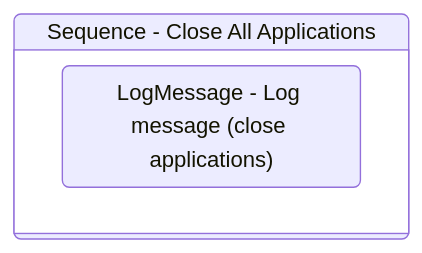
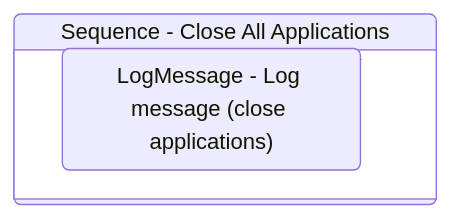
Before and after one commit to yashbrahmbhatt/LazyFramework: the diagram in Documentation/.templates/Performers/REFramework/Framework/CloseAllApplications.md, drawn with Mermaid. The commit also changed 83 other files, not shown here.

````diff
--- a/Documentation/.templates/Performers/REFramework/Framework/CloseAllApplications.md
+++ b/Documentation/.templates/Performers/REFramework/Framework/CloseAllApplications.md
@@ -68,10 +68,10 @@
 ```mermaid
 stateDiagram-v2
-
 
 Sequence_3: Sequence - Close All Applications
 state Sequence_3 {
 direction TB
 LogMessage_2 : LogMessage - Log message (close applications)
 }
+LogMessage_2 --> Sequence_3
 ```
````
